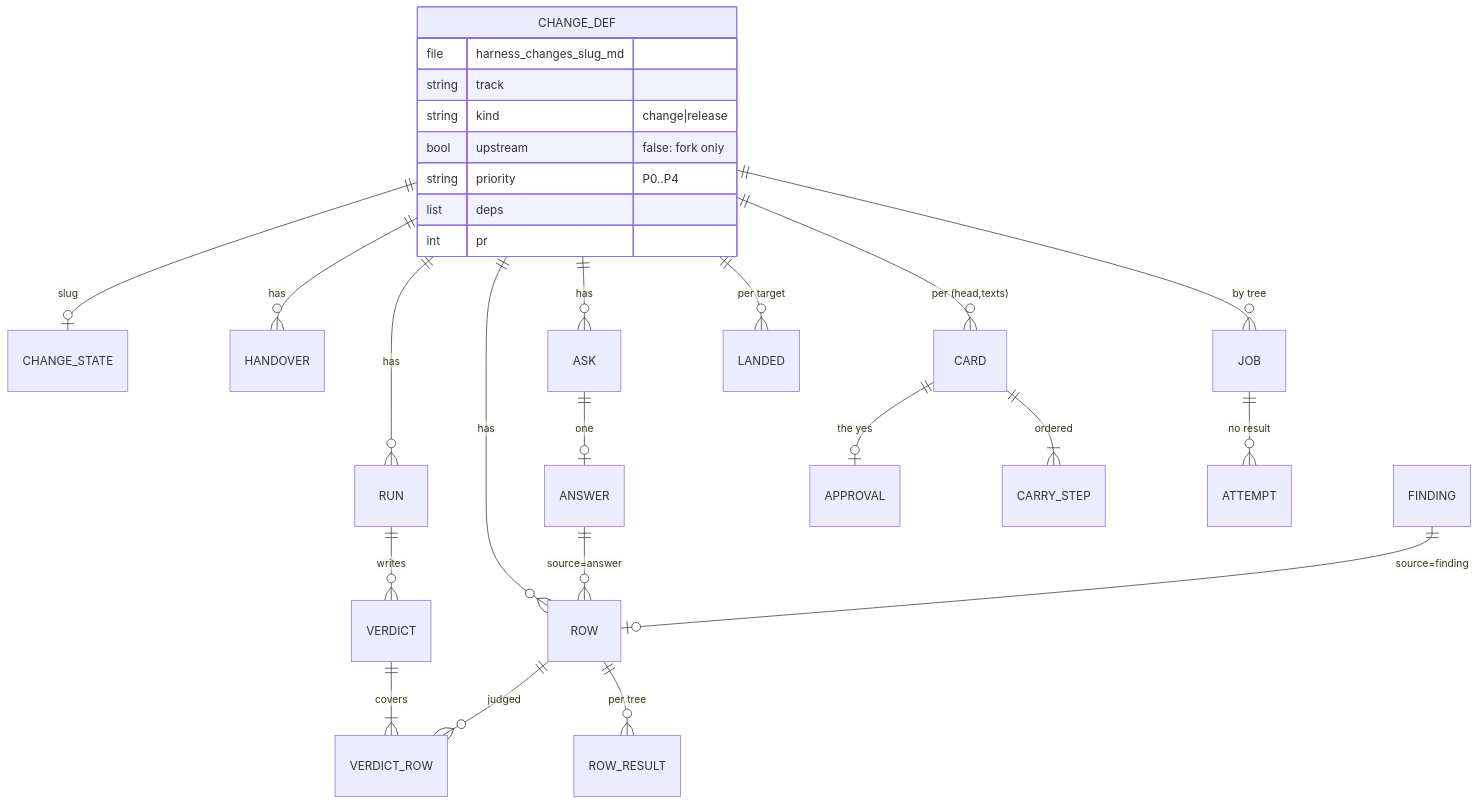
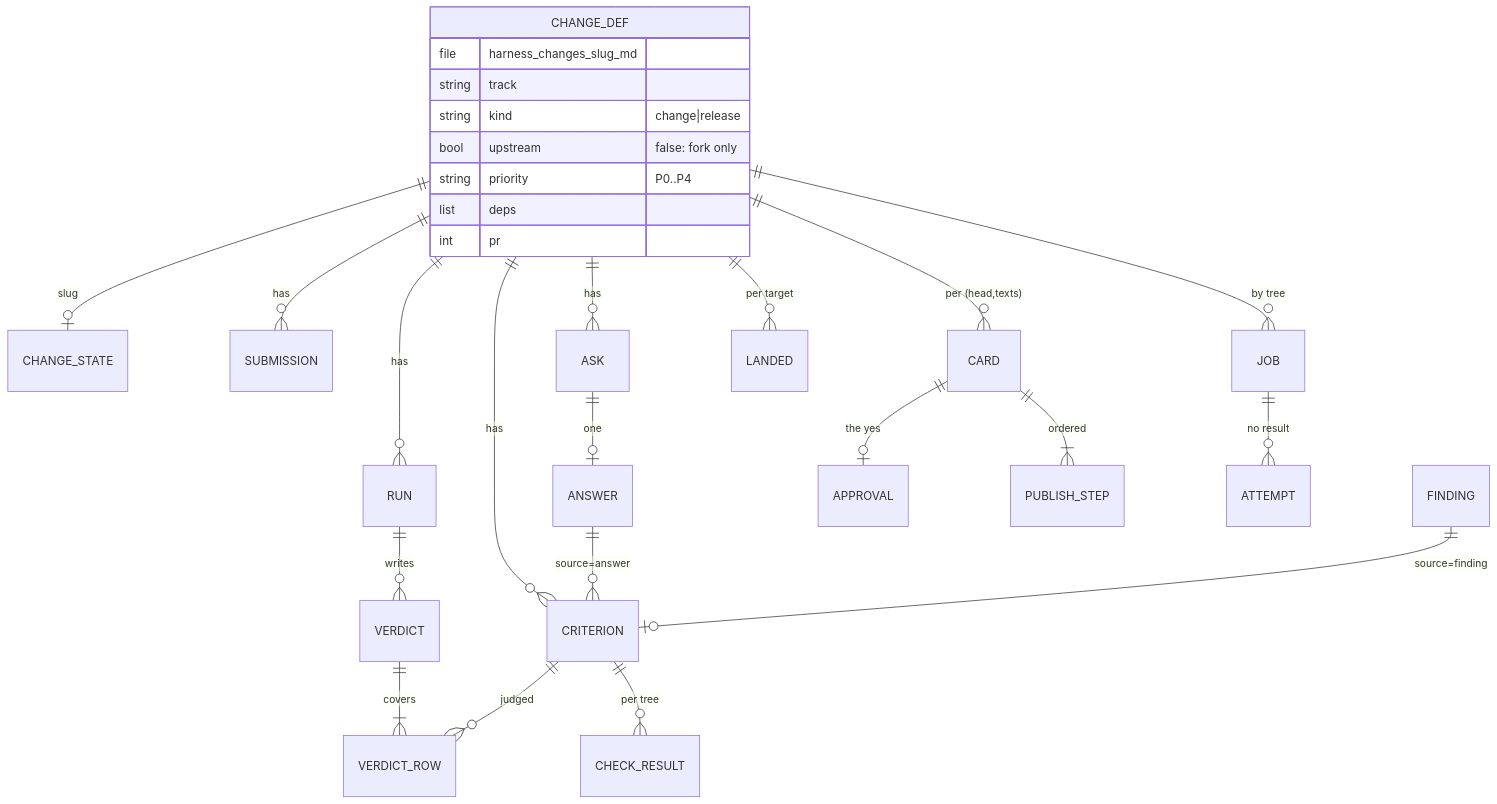
Before and after one commit to AlexPerrin/RuneHarness: the first of 8 diagrams in docs/ARCHITECTURE.md, drawn with Mermaid. The commit also changed other lines of this file and 2 other files, not shown here.

Commit message:
docs: ARCHITECTURE proofread in the v9 vocabulary; ship (fast-forward of a live branch) named beside publish; job.kind gains ship; tools-head leftovers removed

````diff
--- a/docs/ARCHITECTURE.md
+++ b/docs/ARCHITECTURE.md
@@ -180,30 +181,30 @@
 ```mermaid
 erDiagram
   CHANGE_DEF ||--o| CHANGE_STATE : "slug"
   CHANGE_DEF ||--o{ RUN : has
-  CHANGE_DEF ||--o{ HANDOVER : has
-  CHANGE_DEF ||--o{ ROW : has
-  ROW ||--o{ ROW_RESULT : "per tree"
+  CHANGE_DEF ||--o{ SUBMISSION : has
+  CHANGE_DEF ||--o{ CRITERION : has
+  CRITERION ||--o{ CHECK_RESULT : "per tree"
   RUN ||--o{ VERDICT : writes
   VERDICT ||--|{ VERDICT_ROW : covers
-  ROW ||--o{ VERDICT_ROW : judged
+  CRITERION ||--o{ VERDICT_ROW : judged
   CHANGE_DEF ||--o{ ASK : has
   ASK ||--o| ANSWER : "one"
-  ANSWER ||--o{ ROW : "source=answer"
-  FINDING ||--o| ROW : "source=finding"
+  ANSWER ||--o{ CRITERION : "source=answer"
+  FINDING ||--o| CRITERION : "source=finding"
   CHANGE_DEF ||--o{ CARD : "per (head,texts)"
   CARD ||--o| APPROVAL : "the yes"
-  CARD ||--|{ CARRY_STEP : "ordered"
+  CARD ||--|{ PUBLISH_STEP : "ordered"
   CHANGE_DEF ||--o{ JOB : "by tree"
   JOB ||--o{ ATTEMPT : "no result"
   CHANGE_DEF ||--o{ LANDED : "per target"
   CHANGE_DEF {
     file harness_changes_slug_md
     string track
     string kind "change|release"
     bool upstream "false: fork only"
     string priority "P0..P4"
     list deps
     int pr
   }
 ```
````
